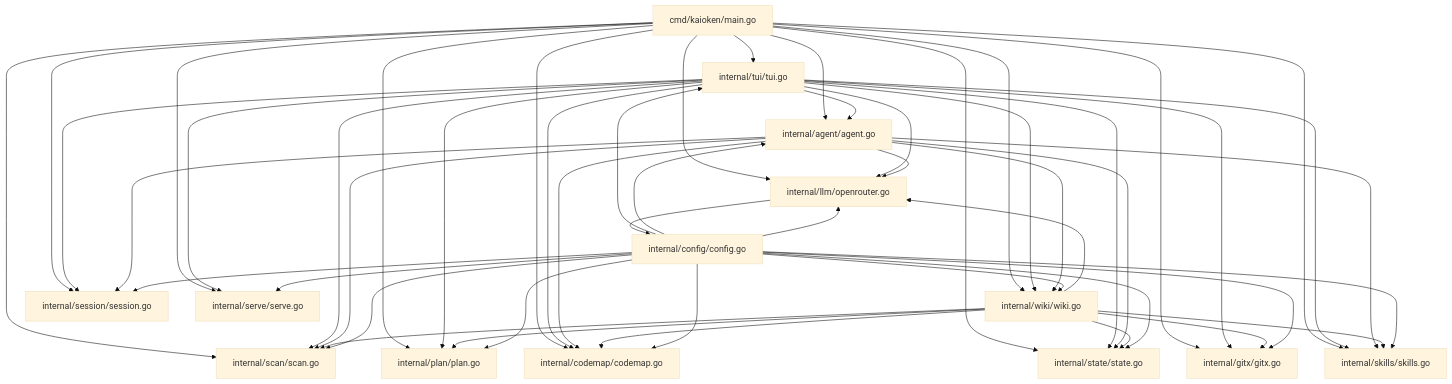
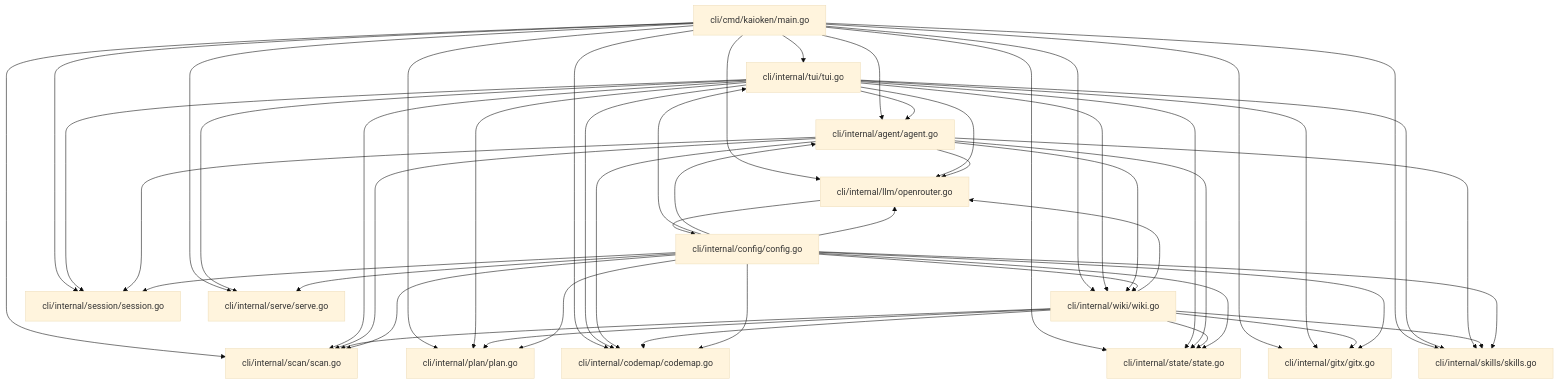
Before and after one commit to babtix/kaioken: the diagram in cli/.kaioken/wiki/Architecture Overview/Architecture Overview.md, drawn with Mermaid (base theme). The commit also changed other lines of this file and 278 other files, not shown here.

````diff
--- a/cli/.kaioken/wiki/Architecture Overview/Architecture Overview.md
+++ b/cli/.kaioken/wiki/Architecture Overview/Architecture Overview.md
@@ -16,53 +16,53 @@
 ```mermaid
 graph TD
-    cmd[cmd/kaioken/main.go] --> tui[internal/tui/tui.go]
-    cmd --> agent[internal/agent/agent.go]
-    cmd --> wiki[internal/wiki/wiki.go]
-    cmd --> llm[internal/llm/openrouter.go]
-    cmd --> skills[internal/skills/skills.go]
-    cmd --> scan[internal/scan/scan.go]
-    cmd --> plan[internal/plan/plan.go]
-    cmd --> codemap[internal/codemap/codemap.go]
-    cmd --> session[internal/session/session.go]
-    cmd --> state[internal/state/state.go]
-    cmd --> serve[internal/serve/serve.go]
-    cmd --> gitx[internal/gitx/gitx.go]
+    cmd[cli/cmd/kaioken/main.go] --> tui[cli/internal/tui/tui.go]
+    cmd --> agent[cli/internal/agent/agent.go]
+    cmd --> wiki[cli/internal/wiki/wiki.go]
+    cmd --> llm[cli/internal/llm/openrouter.go]
+    cmd --> skills[cli/internal/skills/skills.go]
+    cmd --> scan[cli/internal/scan/scan.go]
+    cmd --> plan[cli/internal/plan/plan.go]
+    cmd --> codemap[cli/internal/codemap/codemap.go]
+    cmd --> session[cli/internal/session/session.go]
+    cmd --> state[cli/internal/state/state.go]
+    cmd --> serve[cli/internal/serve/serve.go]
+    cmd --> gitx[cli/internal/gitx/gitx.go]
     tui --> agent
     tui --> wiki
     tui --> llm
     tui --> skills
     tui --> scan
     tui --> plan
     tui --> session
     tui --> state
     tui --> serve
     tui --> codemap
     tui --> gitx
     agent --> llm
     agent --> codemap
     agent --> scan
     agent --> session
     agent --> skills
     agent --> wiki
     agent --> state
     wiki --> scan
     wiki --> plan
     wiki --> llm
     wiki --> codemap
     wiki --> state
     wiki --> gitx
     wiki --> skills
-    llm --> config[internal/config/config.go]
+    llm --> config[cli/internal/config/config.go]
     config --> tui
     config --> agent
     config --> wiki
     config --> llm
     config --> skills
     config --> scan
     config --> plan
     config --> codemap
     config --> session
     config --> state
     config --> serve
     config --> gitx
 ```
````
